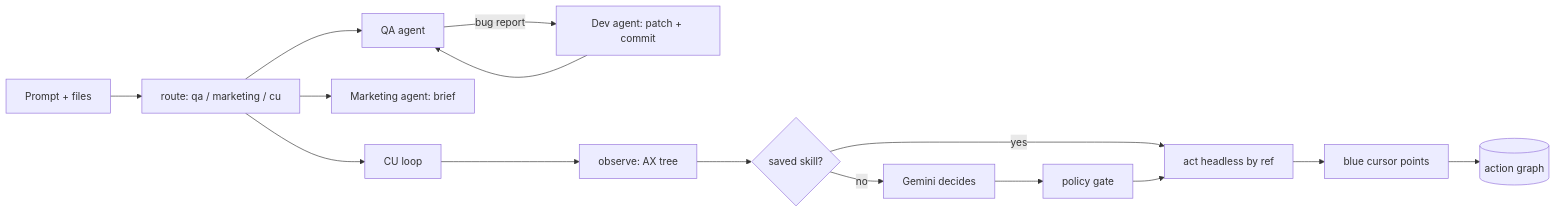
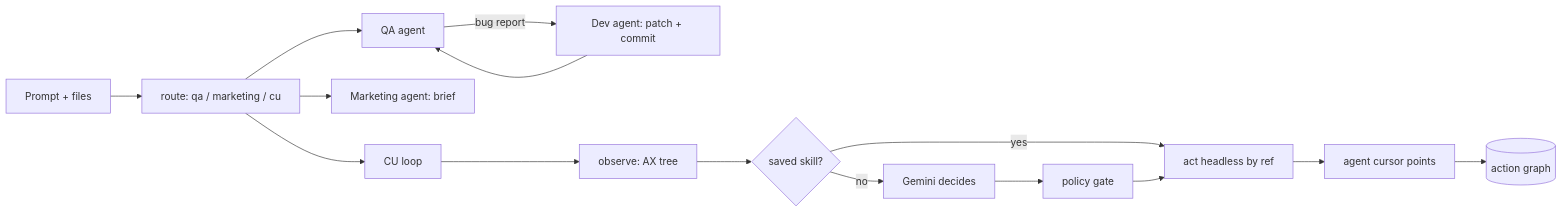
The diagram in backend/README.md (Ygali04/Gemini-hack-Nov-14), drawn with Mermaid before and after one commit. The commit also changed other lines of this file, not shown here.

Commit message:
README: sea-glass cursor screenshot and palette note

````diff
--- a/backend/README.md
+++ b/backend/README.md
@@ -36,11 +36,11 @@
 ```mermaid
 flowchart LR
   P[Prompt + files] --> R[route: qa / marketing / cu]
   R --> QA[QA agent] -->|bug report| DEV[Dev agent: patch + commit] --> QA
   R --> MK[Marketing agent: brief]
   R --> CU[CU loop]
   CU --> O[observe: AX tree] --> M{saved skill?}
   M -->|yes| A[act headless by ref]
   M -->|no| G[Gemini decides] --> GATE[policy gate] --> A
-  A --> C[blue cursor points] --> MEM[(action graph)]
+  A --> C[agent cursor points] --> MEM[(action graph)]
 ```
````
